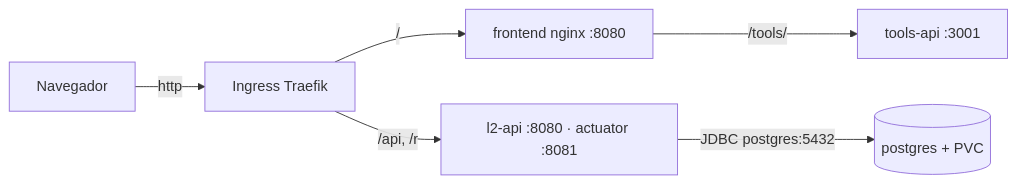
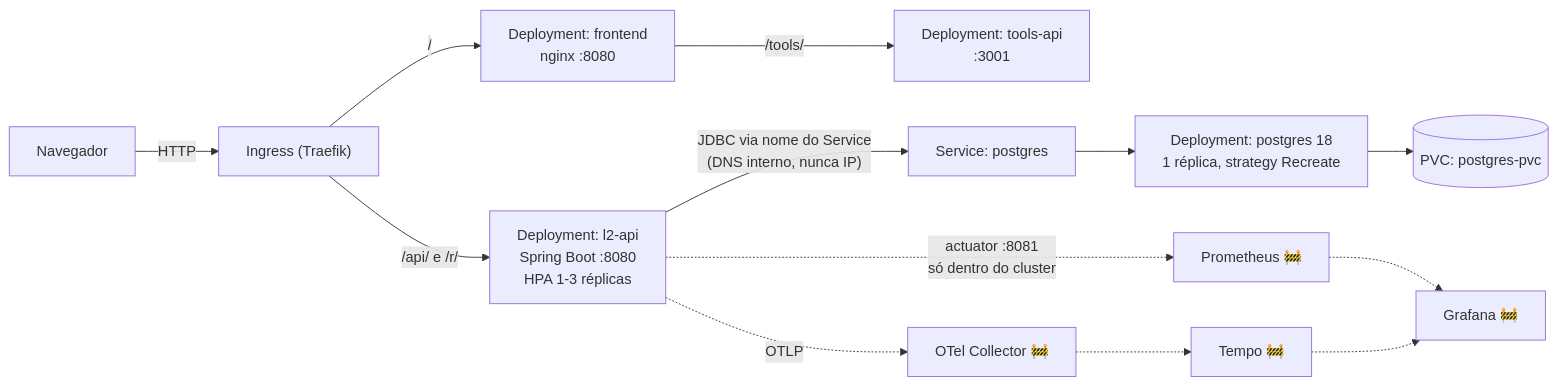
The diagram in README.md (MeloJu/portal-gitops), drawn with Mermaid before and after one commit. The commit also changed other lines of this file and 2 other files, not shown here.

````diff
--- a/README.md
+++ b/README.md
@@ -11,8 +38,14 @@
 ```mermaid
 graph LR
-    U[Navegador] -->|http| T[Ingress Traefik]
-    T -->|/| FE[frontend nginx :8080]
-    T -->|/api, /r| API[l2-api :8080 · actuator :8081]
-    FE -->|/tools/| TA[tools-api :3001]
-    API -->|JDBC postgres:5432| DB[(postgres + PVC)]
+    U["Navegador"] -->|HTTP| T["Ingress (Traefik)"]
+    T -->|"/"| FE["Deployment: frontend<br/>nginx :8080"]
+    T -->|"/api/ e /r/"| API["Deployment: l2-api<br/>Spring Boot :8080<br/>HPA 1-3 réplicas"]
+    FE -->|"/tools/"| TA["Deployment: tools-api<br/>:3001"]
+    API -->|"JDBC via nome do Service<br/>(DNS interno, nunca IP)"| SVC["Service: postgres"]
+    SVC --> DB["Deployment: postgres 18<br/>1 réplica, strategy Recreate"]
+    DB --> PVC[("PVC: postgres-pvc")]
+    API -.->|"actuator :8081<br/>só dentro do cluster"| PROM["Prometheus 🚧"]
+    API -.->|OTLP| OC["OTel Collector 🚧"] -.-> TE["Tempo 🚧"]
+    PROM -.-> GF["Grafana 🚧"]
+    TE -.-> GF
 ```
````
